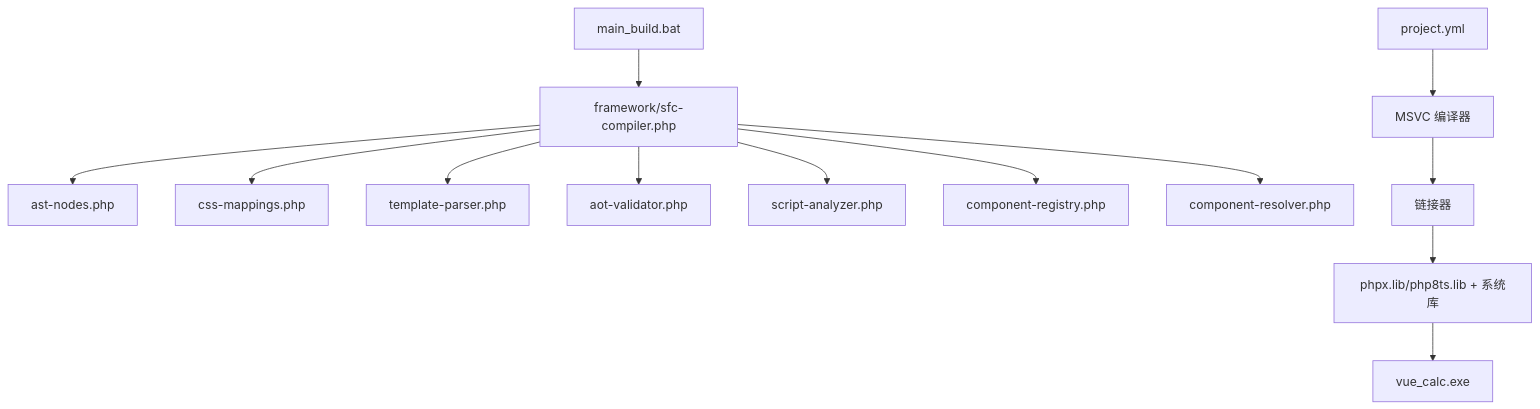
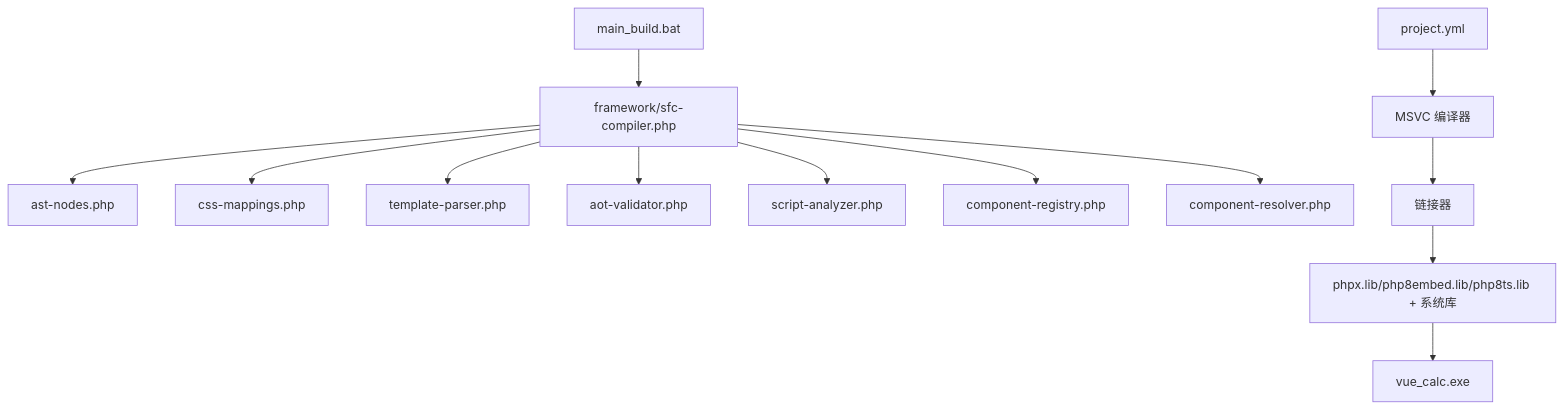
One commit to xingye00186/PHP-Data-UI-Framework-powered-by-swooleAOT changed the ninth of 9 diagrams in .qoder/repowiki/zh/content/构建和部署.md. Above: the diagram before and after it, drawn with Mermaid. The commit also changed other lines of this file and 3 other files, not shown here.

````diff
--- a/.qoder/repowiki/zh/content/构建和部署.md
+++ b/.qoder/repowiki/zh/content/构建和部署.md
@@ -340,15 +385,15 @@
 ```mermaid
 graph TB
 AppBuilder["main_build.bat"] --> SFC["framework/sfc-compiler.php"]
 SFC --> AST["ast-nodes.php"]
 SFC --> CSS["css-mappings.php"]
 SFC --> TP["template-parser.php"]
 SFC --> AV["aot-validator.php"]
 SFC --> SA["script-analyzer.php"]
 SFC --> CR["component-registry.php"]
 SFC --> CRES["component-resolver.php"]
 AOT["project.yml"] --> MSVC["MSVC 编译器"]
 MSVC --> LINK["链接器"]
-LINK --> RUNTIME["phpx.lib/php8ts.lib + 系统库"]
+LINK --> RUNTIME["phpx.lib/php8embed.lib/php8ts.lib + 系统库"]
 RUNTIME --> EXE["vue_calc.exe"]
 ```
````
